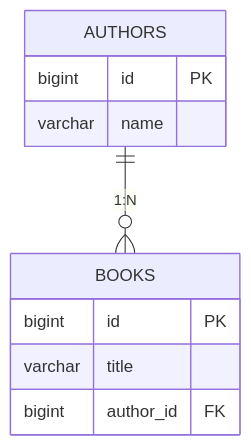
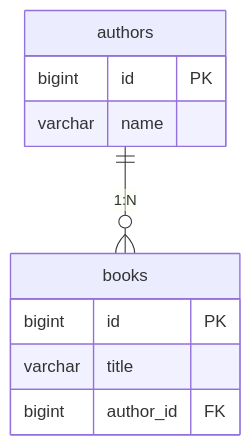
The first of 3 diagrams in src/week_10/_1024/1024내용.md (star1431/backend), drawn with Mermaid before and after one commit. The commit also changed other lines of this file, not shown here.

````diff
--- a/src/week_10/_1024/1024내용.md
+++ b/src/week_10/_1024/1024내용.md
@@ -65,15 +66,15 @@
 ```mermaid
 erDiagram
-    AUTHORS {
+    authors {
         bigint id PK
         varchar name
     }
     
-    BOOKS {
+    books {
         bigint id PK
         varchar title
         bigint author_id FK
     }
     
-    AUTHORS ||--o{ BOOKS : "1:N"
+    authors ||--o{ books : "1:N"
 ```
````
